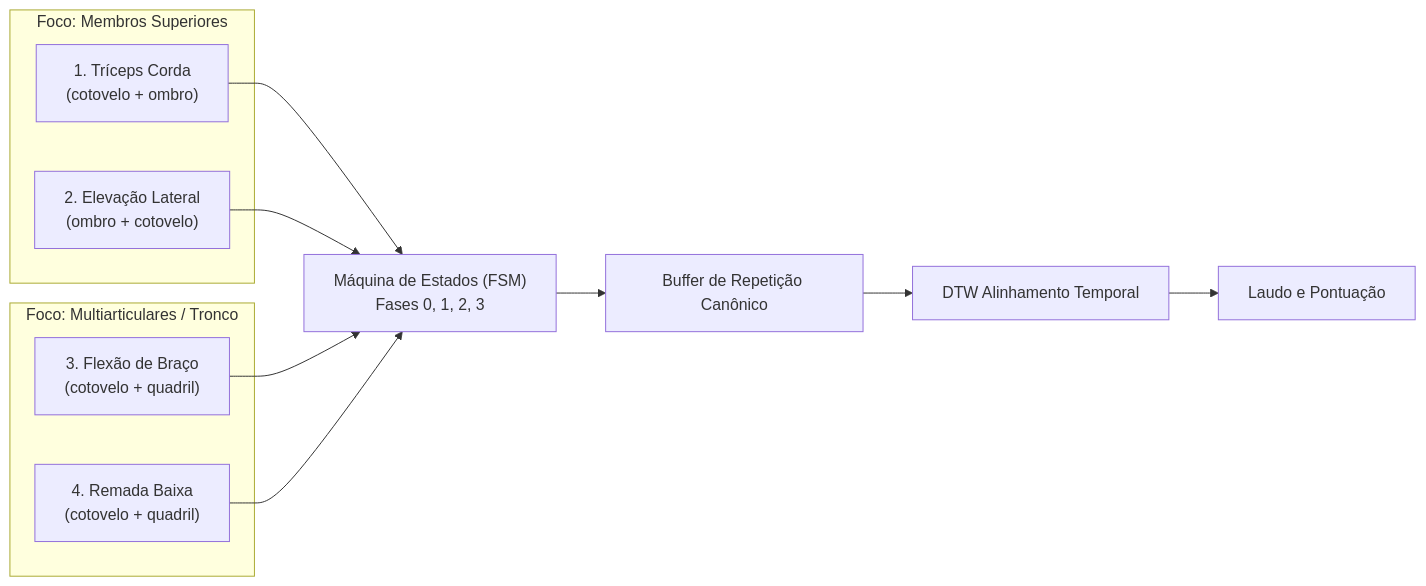
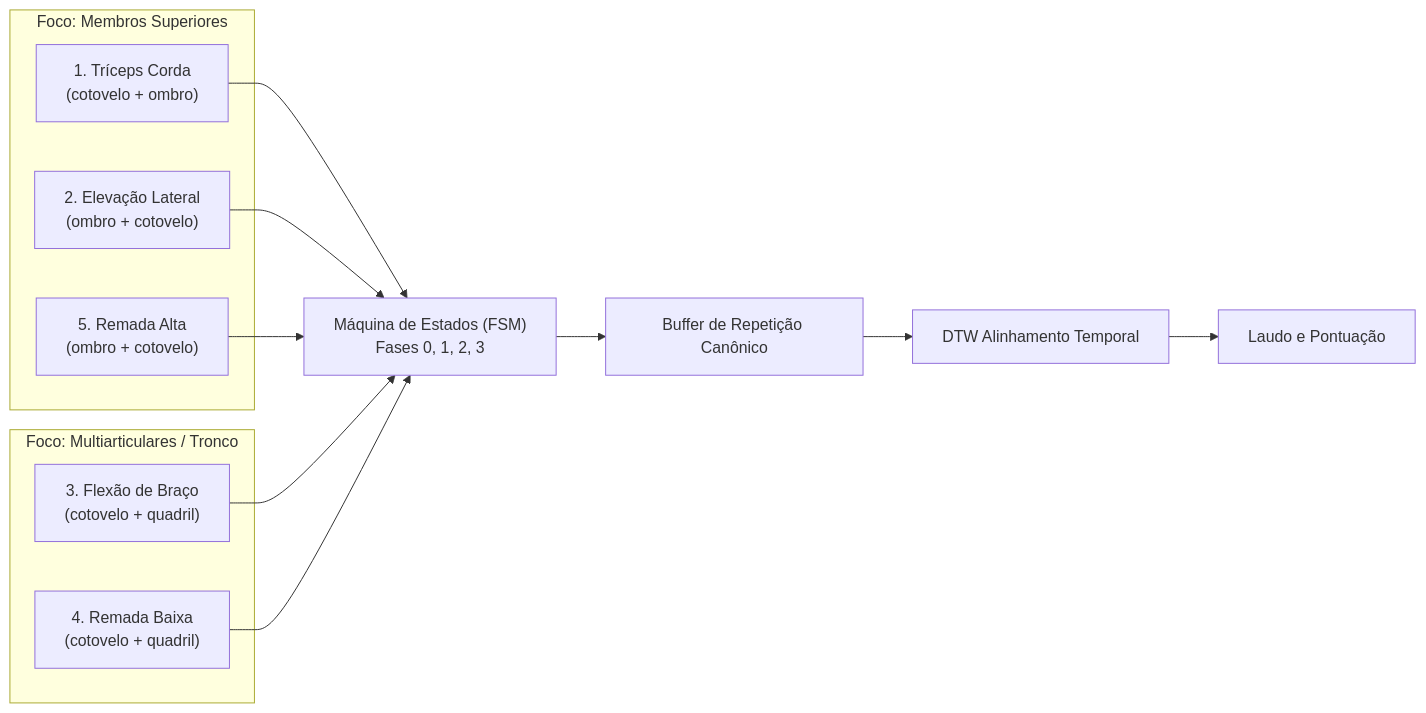
The first of 2 diagrams in PLANO_SPRINT_NOVOS_EXERCICIOS.md (heitoroliveira75/EngSoftTrabalho_Personal_TrainerIA), drawn with Mermaid before and after one commit. The commit also changed other lines of this file, not shown here.

````diff
--- a/PLANO_SPRINT_NOVOS_EXERCICIOS.md
+++ b/PLANO_SPRINT_NOVOS_EXERCICIOS.md
@@ -27,17 +27,18 @@
 ```mermaid
 flowchart LR
     subgraph MembrosSuperiores["Foco: Membros Superiores"]
         E1["1. Tríceps Corda\n(cotovelo + ombro)"]
         E2["2. Elevação Lateral\n(ombro + cotovelo)"]
+        E5["5. Remada Alta\n(ombro + cotovelo)"]
     end
 
     subgraph Multiarticulares["Foco: Multiarticulares / Tronco"]
         E3["3. Flexão de Braço\n(cotovelo + quadril)"]
         E4["4. Remada Baixa\n(cotovelo + quadril)"]
     end
 
-    E1 & E2 & E3 & E4 --> FSM["Máquina de Estados (FSM)\nFases 0, 1, 2, 3"]
+    E1 & E2 & E3 & E4 & E5 --> FSM["Máquina de Estados (FSM)\nFases 0, 1, 2, 3"]
     FSM --> BUF["Buffer de Repetição Canônico"]
     BUF --> DTW["DTW Alinhamento Temporal"]
     DTW --> NOTA["Laudo e Pontuação"]
 ```
````
